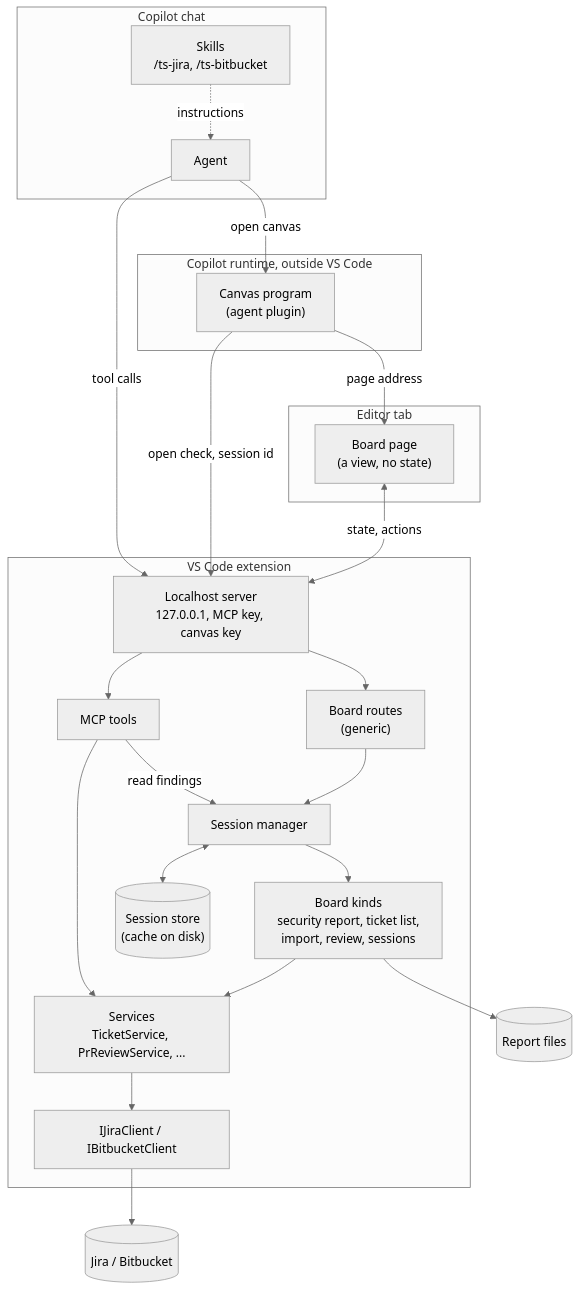
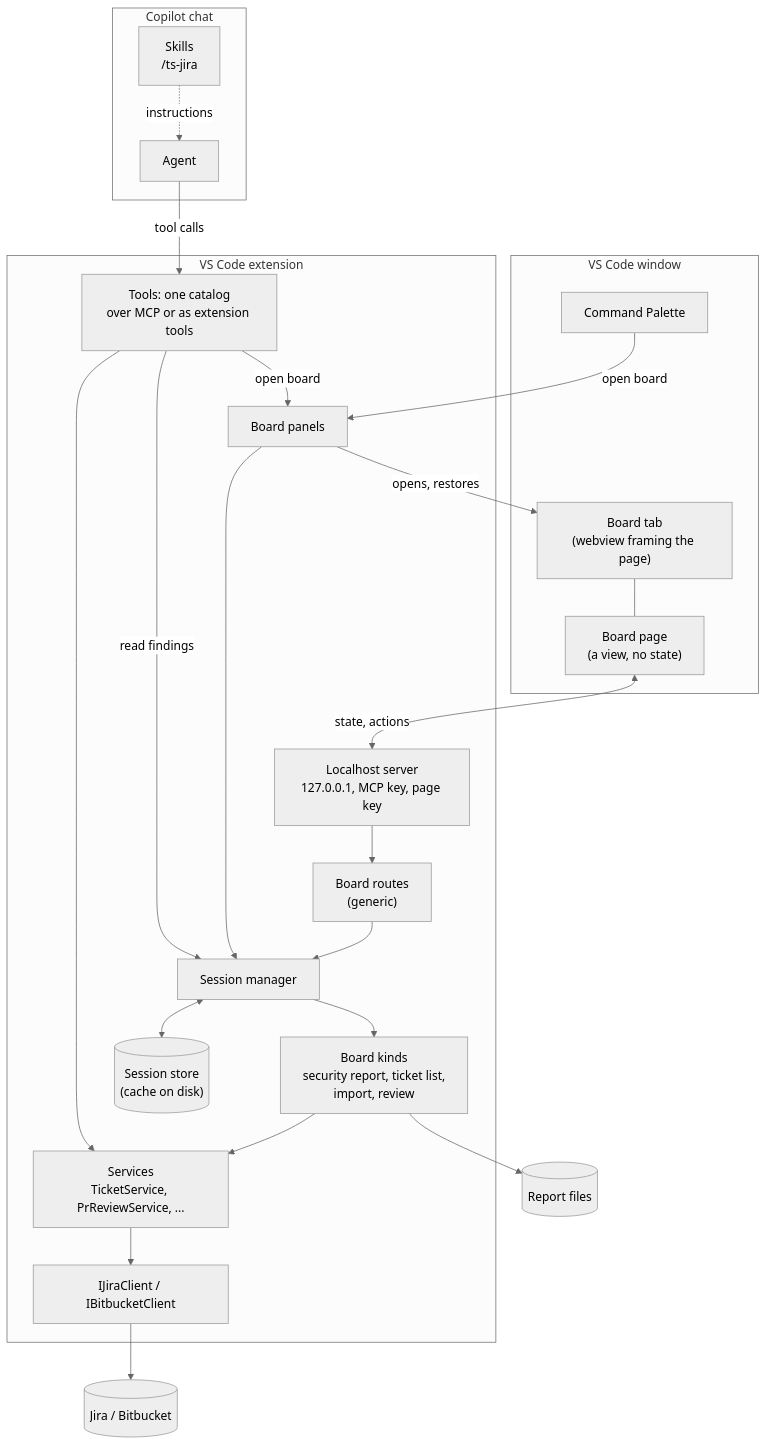
The first of 4 diagrams in docs/architecture/boards-and-sessions.md (rbreunung/ticket-sidekick), drawn with Mermaid (neutral theme) before and after one commit. The commit also changed other lines of this file and 6 other files, not shown here.

First line of the commit message:
docs: bring the plan, architecture page, glossary and limitation register in line with editor-tab boards

````diff
--- a/docs/architecture/boards-and-sessions.md
+++ b/docs/architecture/boards-and-sessions.md
@@ -23,41 +24,43 @@
 ```mermaid
 flowchart TB
   subgraph Chat["Copilot chat"]
     AG["Agent"]
-    SK["Skills<br/>/ts-jira, /ts-bitbucket"]
+    SK["Skills<br/>/ts-jira"]
   end
-  subgraph Outside["Copilot runtime, outside VS Code"]
-    CP["Canvas program<br/>(agent plugin)"]
-  end
-  subgraph Tab["Editor tab"]
+  subgraph Win["VS Code window"]
+    CMD["Command Palette"]
+    TAB["Board tab<br/>(webview framing the page)"]
     PG["Board page<br/>(a view, no state)"]
   end
   subgraph Ext["VS Code extension"]
-    SRV["Localhost server<br/>127.0.0.1, MCP key, canvas key"]
-    TOOLS["MCP tools"]
+    TOOLS["Tools: one catalog<br/>over MCP or as extension tools"]
+    PAN["Board panels"]
+    SRV["Localhost server<br/>127.0.0.1, MCP key, page key"]
     BR["Board routes<br/>(generic)"]
     SM["Session manager"]
-    BK["Board kinds<br/>security report, ticket list,<br/>import, review, sessions"]
+    BK["Board kinds<br/>security report, ticket list,<br/>import, review"]
     ST[("Session store<br/>(cache on disk)")]
     SVC["Services<br/>TicketService, PrReviewService, ..."]
     CL["IJiraClient / IBitbucketClient"]
   end
   JIRA[("Jira / Bitbucket")]
   FILE[("Report files")]
 
   SK -.instructions.-> AG
-  AG -->|tool calls| SRV
-  AG -->|open canvas| CP
-  CP -->|"open check, session id"| SRV
-  CP -->|page address| PG
+  AG -->|tool calls| TOOLS
+  TOOLS -->|open board| PAN
+  CMD -->|open board| PAN
+  PAN -->|opens, restores| TAB
+  TAB --- PG
   PG <-->|"state, actions"| SRV
-  SRV --> TOOLS & BR
+  SRV --> BR
   TOOLS --> SVC
   TOOLS -->|"read findings"| SM
+  PAN --> SM
   BR --> SM
   SM --> BK
   SM <--> ST
   BK --> SVC
   SVC --> CL --> JIRA
   BK --> FILE
 ```
````
